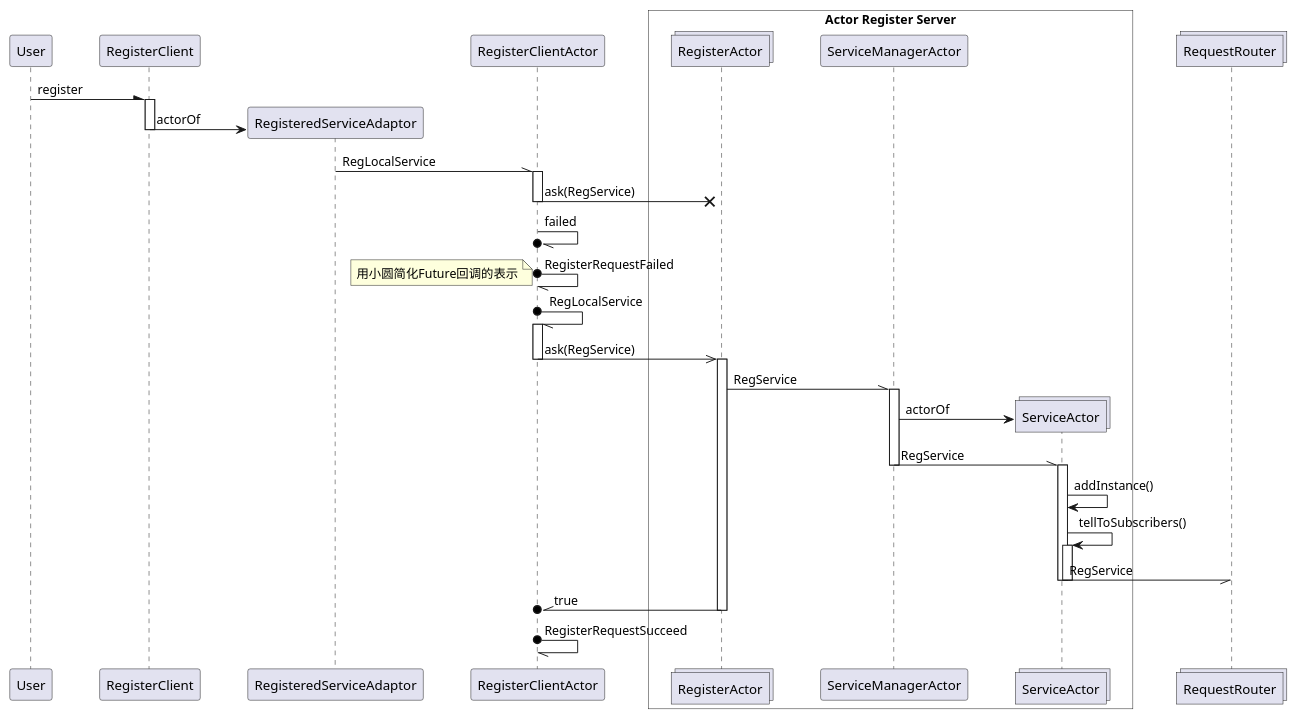
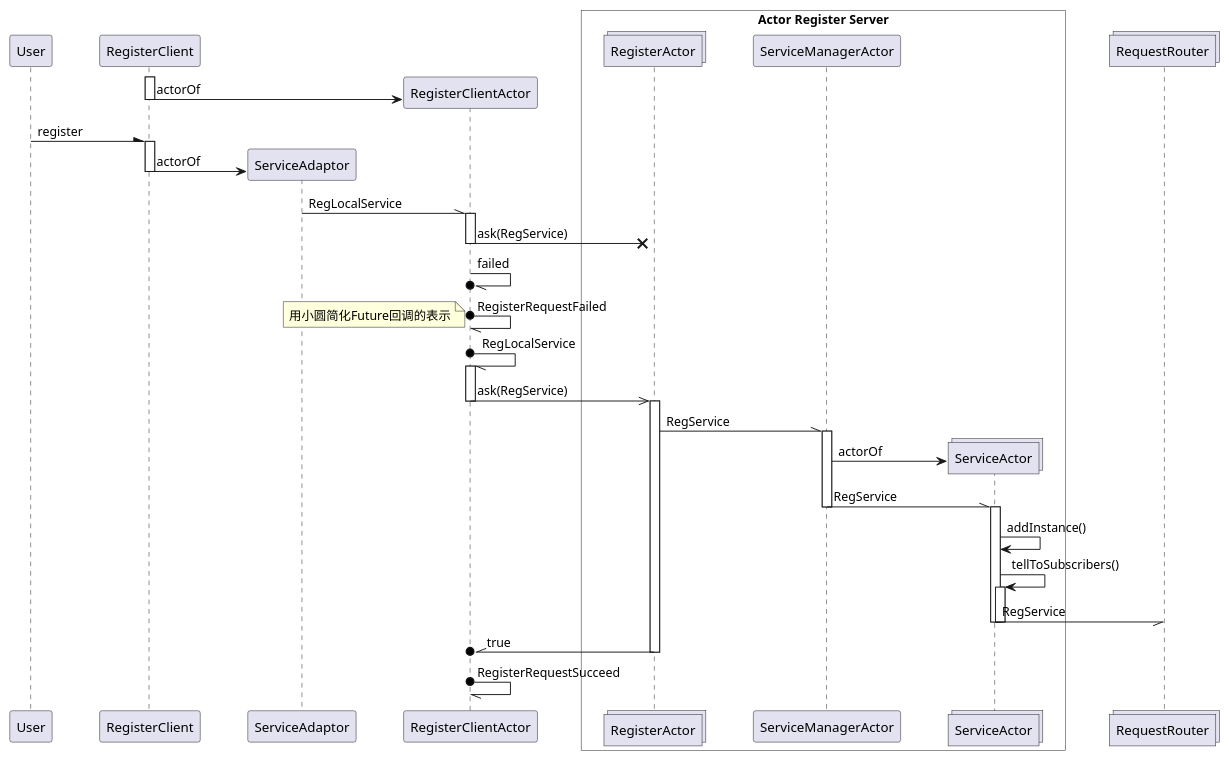
The diagram in aregister/src/main/puml/register.puml (arksea/aregister), drawn with PlantUML before and after one commit. The commit also changed 1 other file, not shown here.

```diff
--- a/aregister/src/main/puml/register.puml
+++ b/aregister/src/main/puml/register.puml
@@ -1,59 +1,63 @@
 @startuml
 skinparam ParticipantPadding 20
 skinparam BoxPadding 20
 
 participant User
 
 
 participant RegisterClient
 
-participant RegisteredServiceAdaptor
+participant ServiceAdaptor
 participant RegisterClientActor
 
+activate RegisterClient
+create RegisterClientActor
+RegisterClient -> RegisterClientActor: actorOf
+deactivate RegisterClient
 
 box "Actor Register Server" #white
 collections RegisterActor
 participant ServiceManagerActor
 collections ServiceActor
 end box
 
 collections RequestRouter
 
 User -\ RegisterClient: register
 activate RegisterClient
-create RegisteredServiceAdaptor
-RegisterClient -> RegisteredServiceAdaptor: actorOf
+create ServiceAdaptor
+RegisterClient -> ServiceAdaptor: actorOf
 deactivate RegisterClient
-RegisteredServiceAdaptor -\\ RegisterClientActor: RegLocalService
+ServiceAdaptor -\\ RegisterClientActor: RegLocalService
 activate RegisterClientActor
 RegisterClientActor ->>x RegisterActor : ask(RegService)
 deactivate RegisterClientActor
 RegisterClientActor -//o RegisterClientActor: failed
 RegisterClientActor o-// RegisterClientActor: RegisterRequestFailed
 note left: 用小圆简化Future回调的表示
 RegisterClientActor o-// RegisterClientActor: RegLocalService
 activate RegisterClientActor
 RegisterClientActor ->> RegisterActor : ask(RegService)
 deactivate RegisterClientActor
 activate RegisterActor
 
 RegisterActor -\\ ServiceManagerActor : RegService
 activate ServiceManagerActor
 create ServiceActor
 ServiceManagerActor -> ServiceActor: actorOf
 ServiceManagerActor -\\ ServiceActor : RegService
 deactivate ServiceManagerActor
 activate ServiceActor
 ServiceActor -> ServiceActor: addInstance()
 ServiceActor -> ServiceActor: tellToSubscribers()
 activate ServiceActor
 ServiceActor -// RequestRouter: RegService
 deactivate ServiceActor
 deactivate ServiceActor
 
 RegisterClientActor o//- RegisterActor : true
 deactivate RegisterActor
 RegisterClientActor o-// RegisterClientActor: RegisterRequestSucceed
 
 
 @enduml
```
